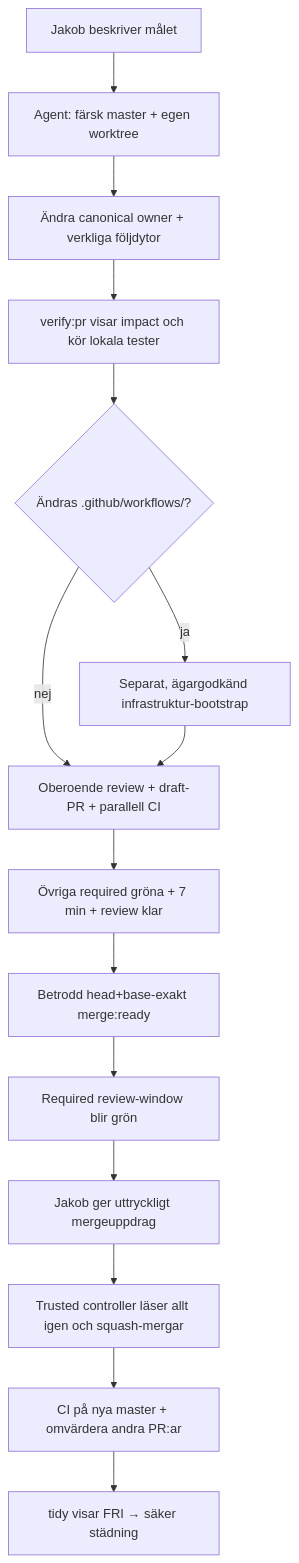
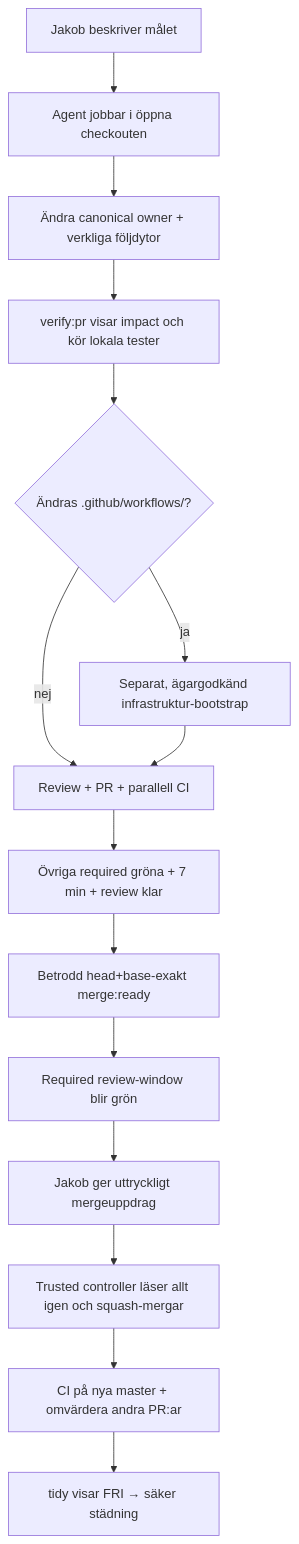
One commit to Jakeminator123/sajtmaskin changed the diagram in docs/runbooks/agent-workflow.md. Above: the diagram before and after it, drawn with Mermaid. The commit also changed other lines of this file and 32 other files, not shown here.

First line of the commit message:
chore(agent): drop forced roles, prefixes and worktree junctions

````diff
--- a/docs/runbooks/agent-workflow.md
+++ b/docs/runbooks/agent-workflow.md
@@ -7,17 +7,17 @@
 ```mermaid
 flowchart TD
-  U["Jakob beskriver målet"] --> A["Agent: färsk master + egen worktree"]
+  U["Jakob beskriver målet"] --> A["Agent jobbar i öppna checkouten"]
   A --> B["Ändra canonical owner + verkliga följdytor"]
   B --> C["verify:pr visar impact och kör lokala tester"]
   C --> W{"Ändras .github/workflows/?"}
-  W -- "nej" --> D["Oberoende review + draft-PR + parallell CI"]
+  W -- "nej" --> D["Review + PR + parallell CI"]
   W -- "ja" --> X["Separat, ägargodkänd infrastruktur-bootstrap"]
   X --> D
   D --> E["Övriga required gröna + 7 min + review klar"]
   E --> F["Betrodd head+base-exakt merge:ready"]
   F --> G["Required review-window blir grön"]
   G --> H["Jakob ger uttryckligt mergeuppdrag"]
   H --> I["Trusted controller läser allt igen och squash-mergar"]
   I --> K["CI på nya master + omvärdera andra PR:ar"]
   K --> J["tidy visar FRI → säker städning"]
 ```
````
